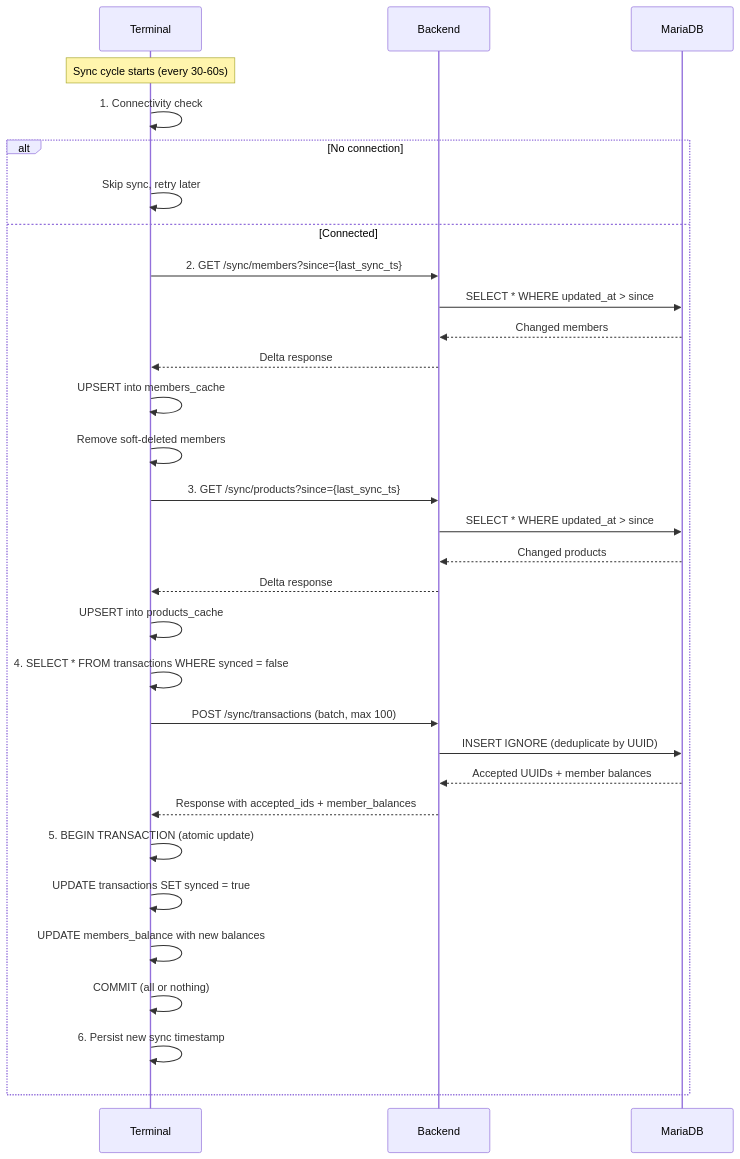
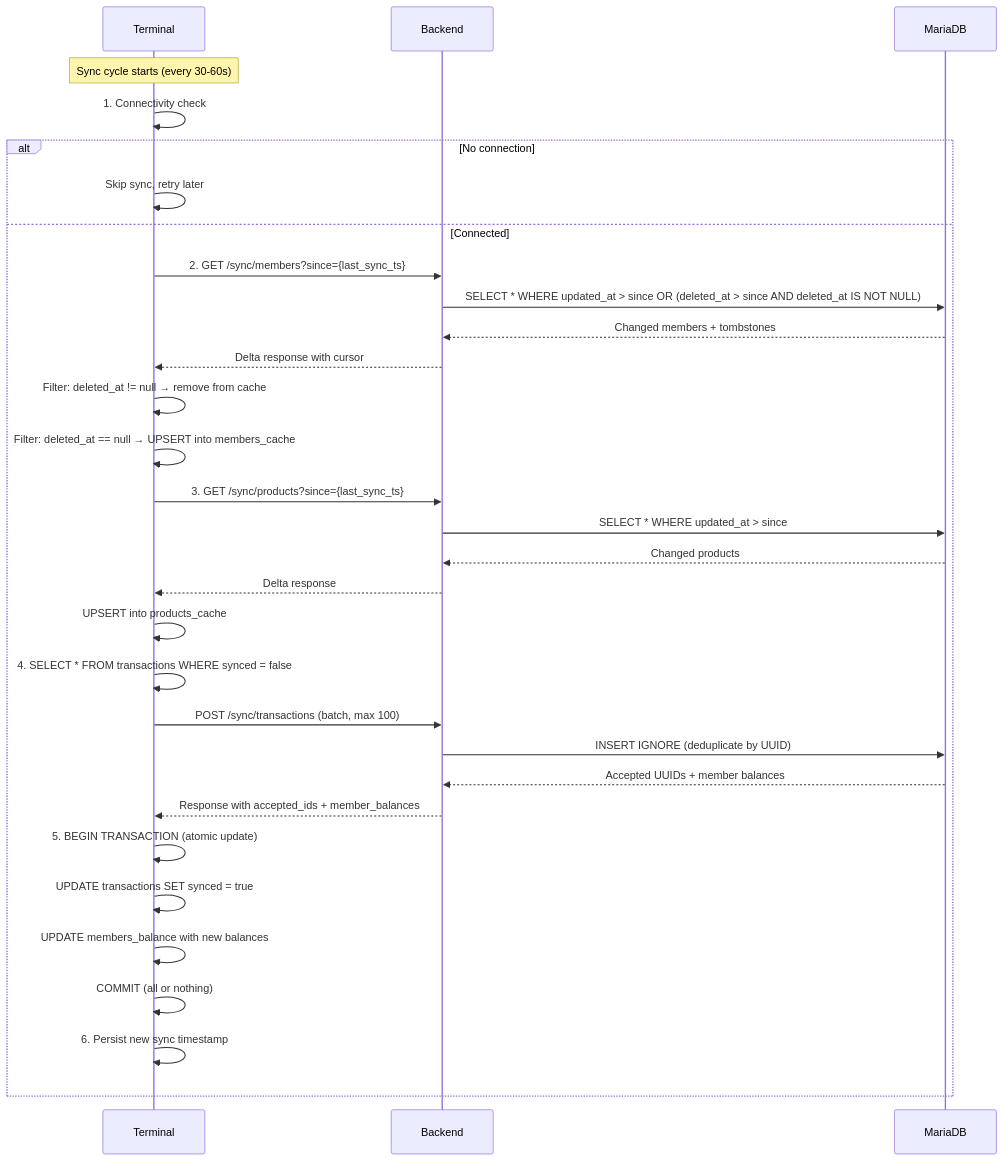
Before and after one commit to dgloeckner/clubbar: the second of 2 diagrams in adr/0012-eventual-consistency-frontend-caching.md, drawn with Mermaid. The commit also changed other lines of this file and 4 other files, not shown here.

First line of the commit message:
fix(sync): prevent race condition in delta sync cursor handling

````diff
--- a/adr/0012-eventual-consistency-frontend-caching.md
+++ b/adr/0012-eventual-consistency-frontend-caching.md
@@ -76,39 +76,39 @@
 ```mermaid
 sequenceDiagram
     participant T as Terminal
     participant B as Backend
     participant DB as MariaDB
 
     Note over T: Sync cycle starts (every 30-60s)
 
     T->>T: 1. Connectivity check
     alt No connection
         T->>T: Skip sync, retry later
     else Connected
         T->>B: 2. GET /sync/members?since={last_sync_ts}
-        B->>DB: SELECT * WHERE updated_at > since
-        DB-->>B: Changed members
-        B-->>T: Delta response
-        T->>T: UPSERT into members_cache
-        T->>T: Remove soft-deleted members
+        B->>DB: SELECT * WHERE updated_at > since OR (deleted_at > since AND deleted_at IS NOT NULL)
+        DB-->>B: Changed members + tombstones
+        B-->>T: Delta response with cursor
+        T->>T: Filter: deleted_at != null → remove from cache
+        T->>T: Filter: deleted_at == null → UPSERT into members_cache
 
         T->>B: 3. GET /sync/products?since={last_sync_ts}
         B->>DB: SELECT * WHERE updated_at > since
         DB-->>B: Changed products
         B-->>T: Delta response
         T->>T: UPSERT into products_cache
 
         T->>T: 4. SELECT * FROM transactions WHERE synced = false
         T->>B: POST /sync/transactions (batch, max 100)
         B->>DB: INSERT IGNORE (deduplicate by UUID)
         DB-->>B: Accepted UUIDs + member balances
         B-->>T: Response with accepted_ids + member_balances
 
         T->>T: 5. BEGIN TRANSACTION (atomic update)
         T->>T: UPDATE transactions SET synced = true
         T->>T: UPDATE members_balance with new balances
         T->>T: COMMIT (all or nothing)
 
         T->>T: 6. Persist new sync timestamp
     end
 ```
````
